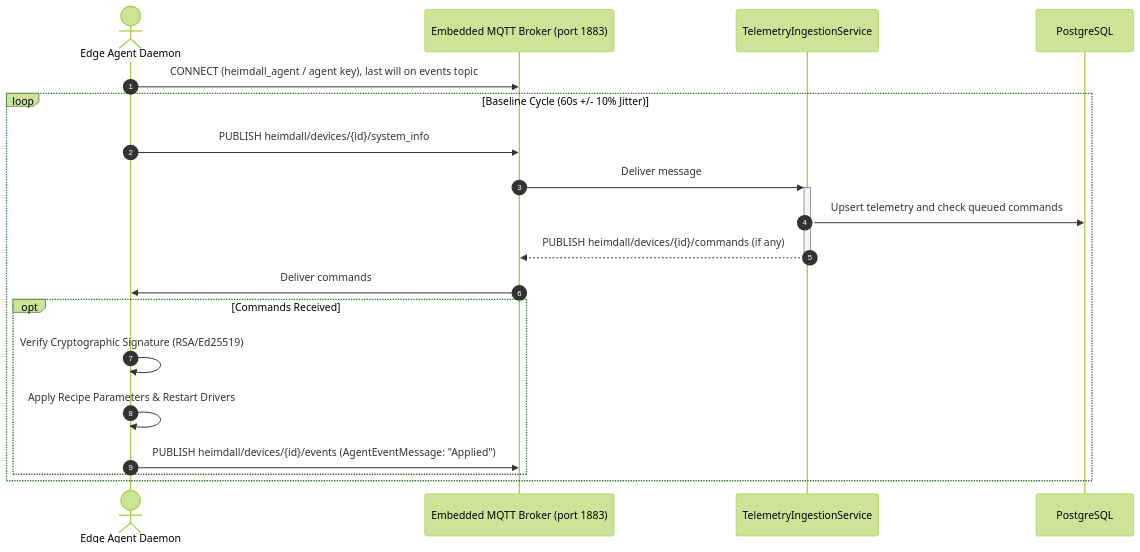
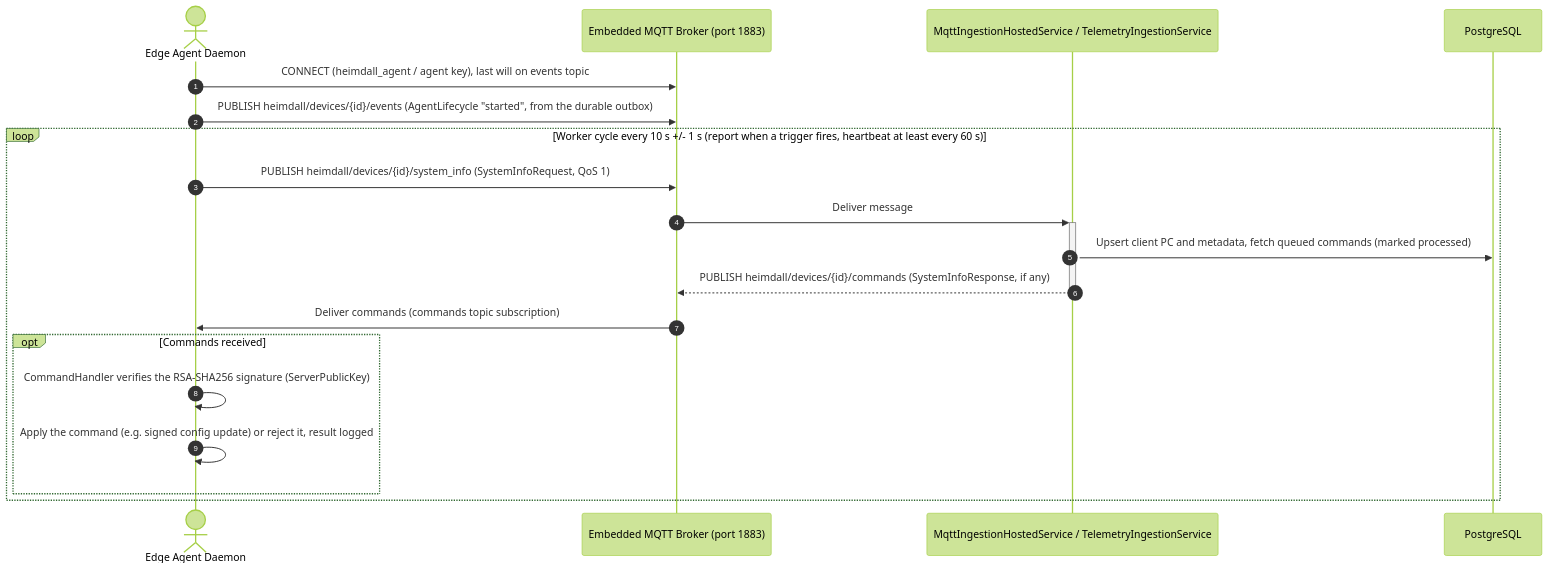
The diagram in docs/architecture/EDGE_AGENT_AND_PROTOCOLS.md (0xLufis/heimdall), drawn with Mermaid (forest theme) before and after one commit. The commit also changed other lines of this file and 19 other files, not shown here.

First line of the commit message:
docs: diagrams and their prose match the code; findings in the TODO

````diff
--- a/docs/architecture/EDGE_AGENT_AND_PROTOCOLS.md
+++ b/docs/architecture/EDGE_AGENT_AND_PROTOCOLS.md
@@ -327,23 +351,23 @@
 ```mermaid
 sequenceDiagram
     autonumber
     actor Agent as Edge Agent Daemon
     participant Broker as Embedded MQTT Broker (port 1883)
-    participant Ingest as TelemetryIngestionService
+    participant Ingest as MqttIngestionHostedService / TelemetryIngestionService
     participant DB as PostgreSQL
 
     Agent->>Broker: CONNECT (heimdall_agent / agent key), last will on events topic
-    loop Baseline Cycle (60s +/- 10% Jitter)
-        Agent->>Broker: PUBLISH heimdall/devices/{id}/system_info
+    Agent->>Broker: PUBLISH heimdall/devices/{id}/events (AgentLifecycle "started", from the durable outbox)
+    loop Worker cycle every 10 s +/- 1 s (report when a trigger fires, heartbeat at least every 60 s)
+        Agent->>Broker: PUBLISH heimdall/devices/{id}/system_info (SystemInfoRequest, QoS 1)
         Broker->>+Ingest: Deliver message
-        Ingest->>DB: Upsert telemetry and check queued commands
-        Ingest-->>-Broker: PUBLISH heimdall/devices/{id}/commands (if any)
-        Broker->>Agent: Deliver commands
+        Ingest->>DB: Upsert client PC and metadata, fetch queued commands (marked processed)
+        Ingest-->>-Broker: PUBLISH heimdall/devices/{id}/commands (SystemInfoResponse, if any)
+        Broker->>Agent: Deliver commands (commands topic subscription)
 
-        opt Commands Received
-            Agent->>Agent: Verify Cryptographic Signature (RSA/Ed25519)
-            Agent->>Agent: Apply Recipe Parameters & Restart Drivers
-            Agent->>Broker: PUBLISH heimdall/devices/{id}/events (AgentEventMessage: "Applied")
+        opt Commands received
+            Agent->>Agent: CommandHandler verifies the RSA-SHA256 signature (ServerPublicKey)
+            Agent->>Agent: Apply the command (e.g. signed config update) or reject it, result logged
         end
     end
 ```
````
